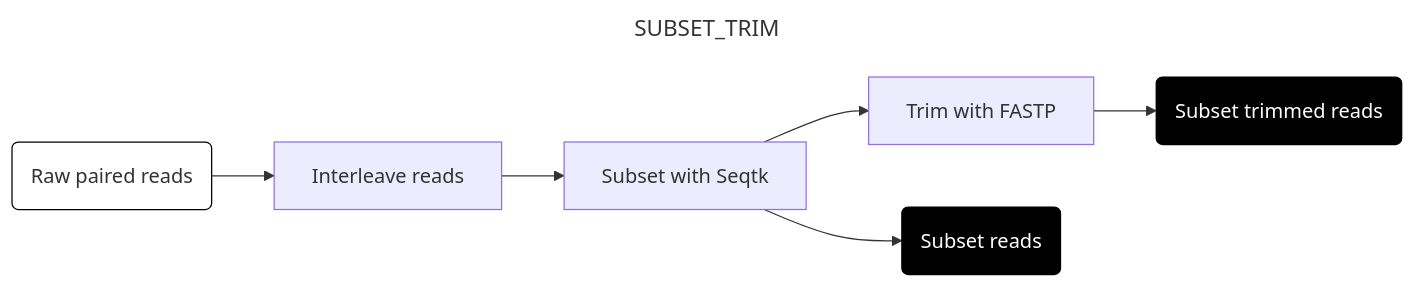
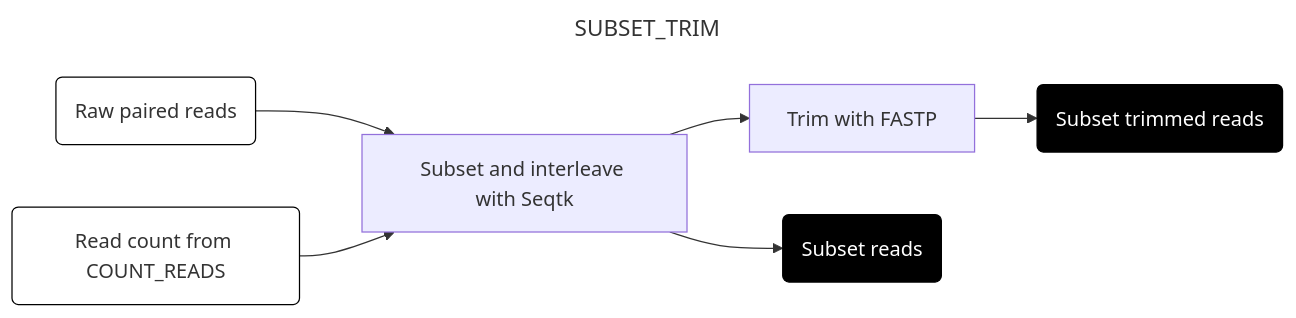
One commit to securebio/nao-mgs-workflow changed the second of 9 diagrams in docs/run.md. Above: the diagram before and after it, drawn with Mermaid. The commit also changed other lines of this file and 11 other files, not shown here.

````diff
--- a/docs/run.md
+++ b/docs/run.md
@@ -66,16 +67,17 @@
 ```mermaid
 ---
 title: SUBSET_TRIM
 config:
   layout: horizontal
 ---
 flowchart LR
-A(Raw paired reads) --> B[Interleave reads]
-B --> C[Subset with Seqtk]
-C --> D[Trim with FASTP]
-C --> E(Subset reads)
-D --> F(Subset trimmed reads)
+A(Raw paired reads) --> B[Subset and interleave with Seqtk]
+G(Read count from COUNT_READS) --> B
+B --> C[Trim with FASTP]
+B --> D(Subset reads)
+C --> E(Subset trimmed reads)
 style A fill:#fff,stroke:#000
+style G fill:#fff,stroke:#000
+style D fill:#000,color:#fff,stroke:#000
 style E fill:#000,color:#fff,stroke:#000
-style F fill:#000,color:#fff,stroke:#000
 ```
````
